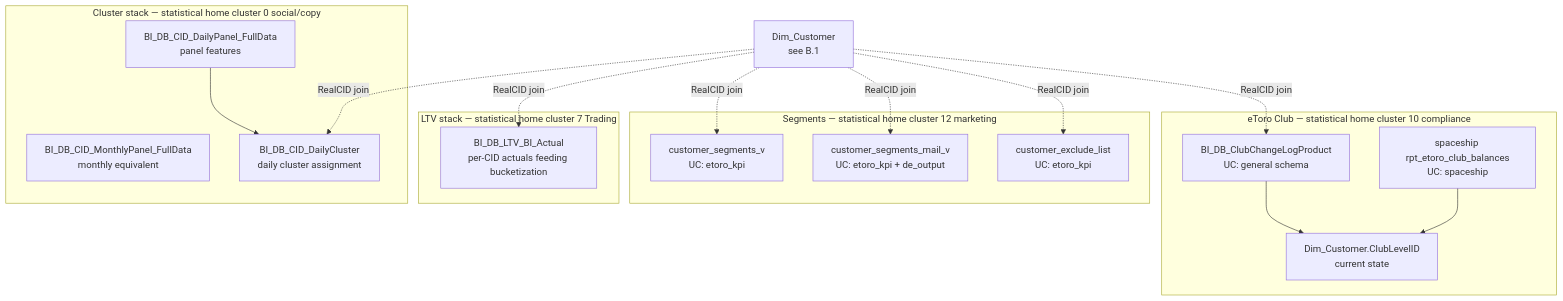
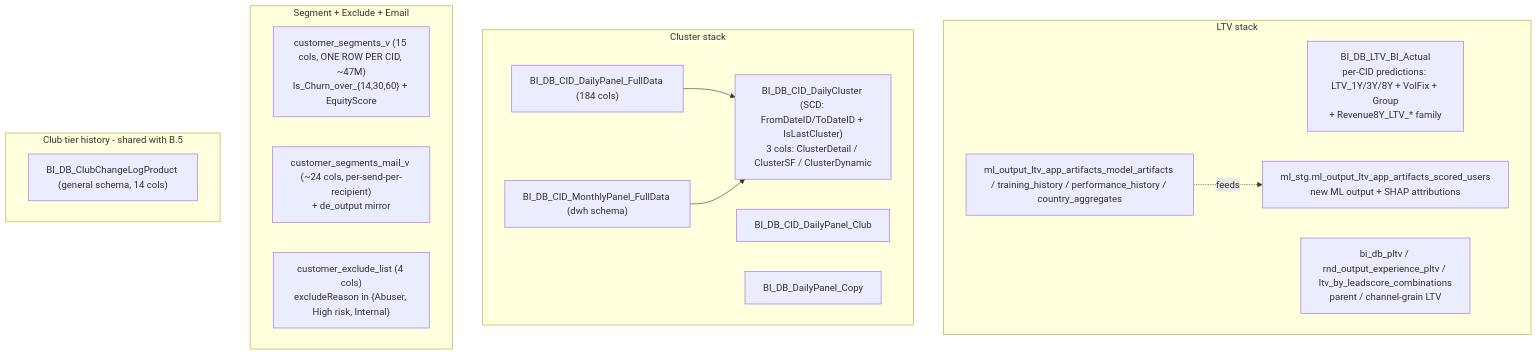
The diagram in knowledge/skills/domain-customer-and-identity/customer-models-and-segmentation.md (guyman-tr/Databricks_Knowledge), drawn with Mermaid before and after one commit. The commit also changed other lines of this file, not shown here.

First line of the commit message:
domain-customer-and-identity/customer-models-and-segmentation v1 -> v2: SpecKit rebuild

````diff
--- a/knowledge/skills/domain-customer-and-identity/customer-models-and-segmentation.md
+++ b/knowledge/skills/domain-customer-and-identity/customer-models-and-segmentation.md
@@ -82,34 +195,30 @@
 ```mermaid
 graph TB
-    subgraph LTV [LTV stack — statistical home cluster 7 Trading]
-      LTVActual["BI_DB_LTV_BI_Actual<br/>per-CID actuals feeding bucketization"]
+    subgraph LTVStack [LTV stack]
+      LTVActual["BI_DB_LTV_BI_Actual<br/>per-CID predictions: LTV_1Y/3Y/8Y + VolFix + Group<br/>+ Revenue8Y_LTV_* family"]
+      MLScored["ml_stg.ml_output_ltv_app_artifacts_scored_users<br/>new ML output + SHAP attributions"]
+      MLM["ml_output_ltv_app_artifacts_model_artifacts / training_history / performance_history / country_aggregates"]
+      PLTV["bi_db_pltv / rnd_output_experience_pltv / ltv_by_leadscore_combinations<br/>parent / channel-grain LTV"]
+      MLM -.feeds.-> MLScored
     end
 
-    subgraph DCluster [Cluster stack — statistical home cluster 0 social/copy]
-      DCRaw["BI_DB_CID_DailyPanel_FullData<br/>panel features"]
-      MCRaw["BI_DB_CID_MonthlyPanel_FullData<br/>monthly equivalent"]
-      DC["BI_DB_CID_DailyCluster<br/>daily cluster assignment"]
-      DCRaw --> DC
+    subgraph ClusterStack [Cluster stack]
+      DC["BI_DB_CID_DailyCluster (SCD: FromDateID/ToDateID + IsLastCluster)<br/>3 cols: ClusterDetail / ClusterSF / ClusterDynamic"]
+      DCPanel["BI_DB_CID_DailyPanel_FullData (184 cols)"]
+      MCPanel["BI_DB_CID_MonthlyPanel_FullData (dwh schema)"]
+      DCClub["BI_DB_CID_DailyPanel_Club"]
+      DCCopy["BI_DB_DailyPanel_Copy"]
+      DCPanel --> DC
+      MCPanel --> DC
     end
 
-    subgraph Segments [Segments — statistical home cluster 12 marketing]
-      CSeg["customer_segments_v<br/>UC: etoro_kpi"]
-      CMail["customer_segments_mail_v<br/>UC: etoro_kpi + de_output"]
-      CExcl["customer_exclude_list<br/>UC: etoro_kpi"]
+    subgraph SegmentStack [Segment + Exclude + Email]
+      CSeg["customer_segments_v (15 cols, ONE ROW PER CID, ~47M)<br/>Is_Churn_over_{14,30,60} + EquityScore"]
+      CMail["customer_segments_mail_v (~24 cols, per-send-per-recipient)<br/>+ de_output mirror"]
+      CExcl["customer_exclude_list (4 cols)<br/>excludeReason in {Abuser, High risk, Internal}"]
     end
 
-    subgraph Club [eToro Club — statistical home cluster 10 compliance]
-      CCL["BI_DB_ClubChangeLogProduct<br/>UC: general schema"]
-      ECB["spaceship rpt_etoro_club_balances<br/>UC: spaceship"]
-      DimCust["Dim_Customer.ClubLevelID<br/>current state"]
-      CCL --> DimCust
-      ECB --> DimCust
+    subgraph ClubStack [Club tier history - shared with B.5]
+      CCL["BI_DB_ClubChangeLogProduct (general schema, 14 cols)"]
     end
-
-    Dim["Dim_Customer<br/>see B.1"] -.RealCID join.-> LTVActual
-    Dim -.RealCID join.-> DC
-    Dim -.RealCID join.-> CSeg
-    Dim -.RealCID join.-> CMail
-    Dim -.RealCID join.-> CExcl
-    Dim -.RealCID join.-> CCL
 ```
````
